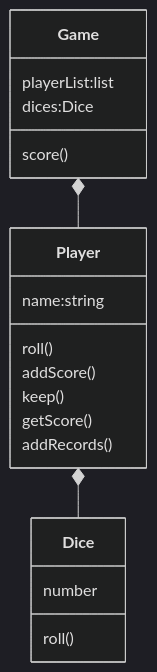
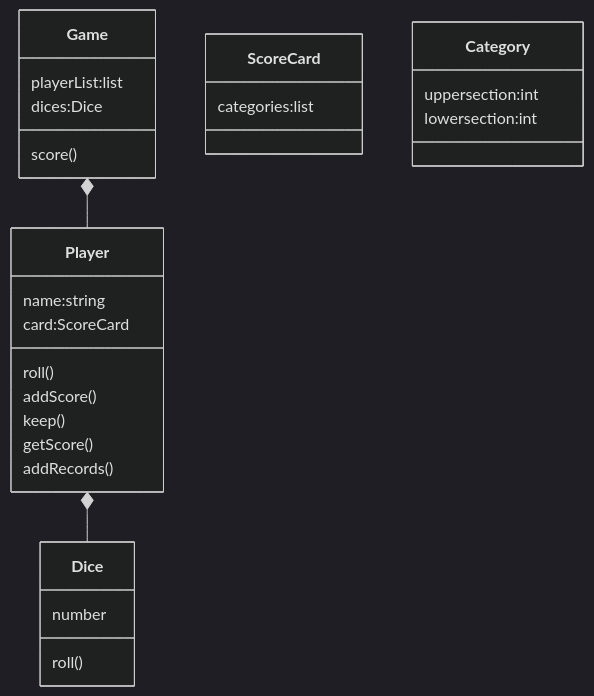
One commit to jwang1122/python changed the second of 3 diagrams in src/yahtzee/yahtzee.md. Above: the diagram before and after it, drawn with Mermaid (dark theme). The commit also changed 3 other files, not shown here.

````diff
--- a/src/yahtzee/yahtzee.md
+++ b/src/yahtzee/yahtzee.md
@@ -32,24 +32,32 @@
 ```mermaid
 classDiagram
 
 class Dice{
     number
     roll()
 }
 class Player{
     name:string
+    card:ScoreCard
     roll()
     addScore()
     keep()
     getScore()
     addRecords()
 }
 class Game{
     playerList:list
     dices:Dice
     score()
 }
+class ScoreCard{
+    categories:list
+}
+class Category{
+    uppersection:int
+    lowersection:int
+}
 
 Game *-- Player
 Player *-- Dice
 ```
````
